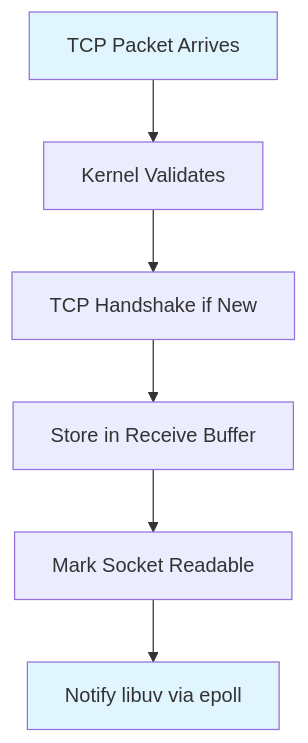
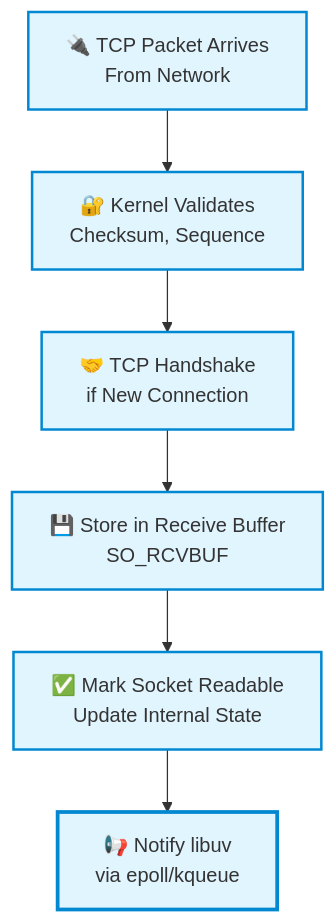
The third of 9 diagrams in Nodejs/http-request-lifecycle-diagram.md (rkgiitkgp/study-material), drawn with Mermaid before and after one commit. The commit also changed other lines of this file and 1 other file, not shown here.

Commit message:
beautify mermaid flow diagram http request cycle

````diff
--- a/Nodejs/http-request-lifecycle-diagram.md
+++ b/Nodejs/http-request-lifecycle-diagram.md
@@ -82,11 +93,15 @@
 ```mermaid
 flowchart TD
-    A[TCP Packet Arrives] --> B[Kernel Validates]
-    B --> C[TCP Handshake if New]
-    C --> D[Store in Receive Buffer]
-    D --> E[Mark Socket Readable]
-    E --> F[Notify libuv via epoll]
+    A["🔌 TCP Packet Arrives<br/>From Network"] --> B["🔐 Kernel Validates<br/>Checksum, Sequence"]
+    B --> C["🤝 TCP Handshake<br/>if New Connection"]
+    C --> D["💾 Store in Receive Buffer<br/>SO_RCVBUF"]
+    D --> E["✅ Mark Socket Readable<br/>Update Internal State"]
+    E --> F["📢 Notify libuv<br/>via epoll/kqueue"]
     
-    style A fill:#e1f5ff
-    style F fill:#e1f5ff
+    style A fill:#e1f5ff,stroke:#0288d1,stroke-width:2px
+    style B fill:#e1f5ff,stroke:#0288d1,stroke-width:2px
+    style C fill:#e1f5ff,stroke:#0288d1,stroke-width:2px
+    style D fill:#e1f5ff,stroke:#0288d1,stroke-width:2px
+    style E fill:#e1f5ff,stroke:#0288d1,stroke-width:2px
+    style F fill:#e1f5ff,stroke:#0288d1,stroke-width:3px
 ```
````
